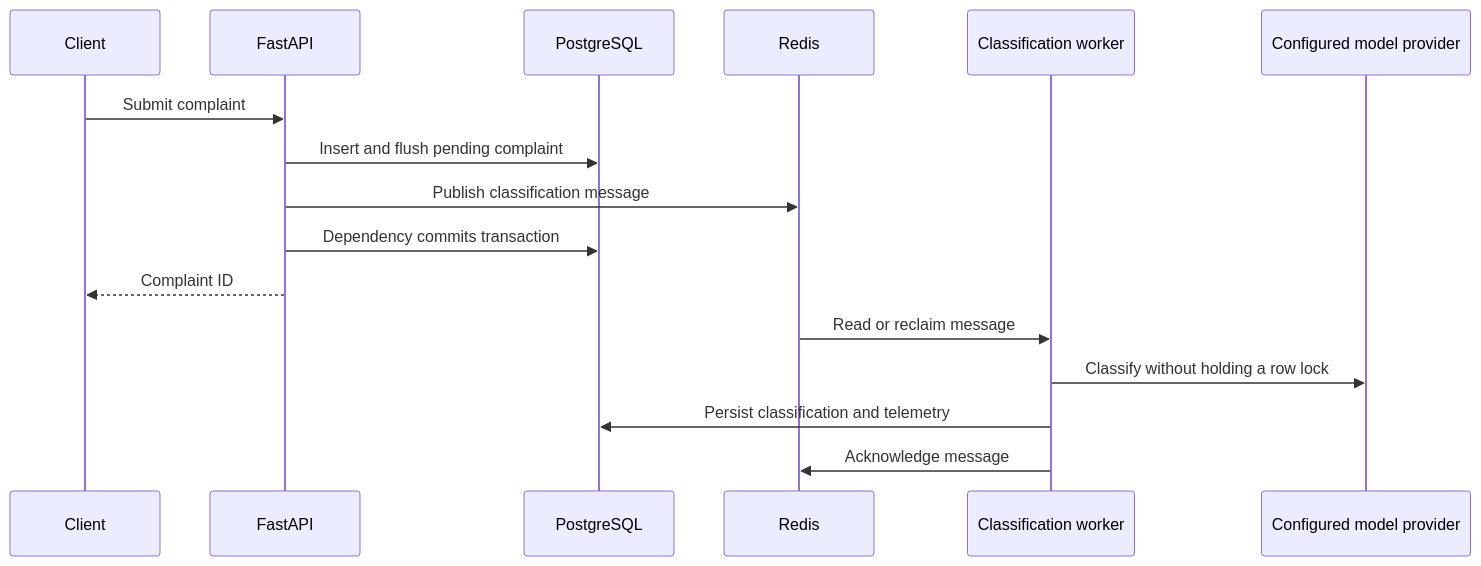
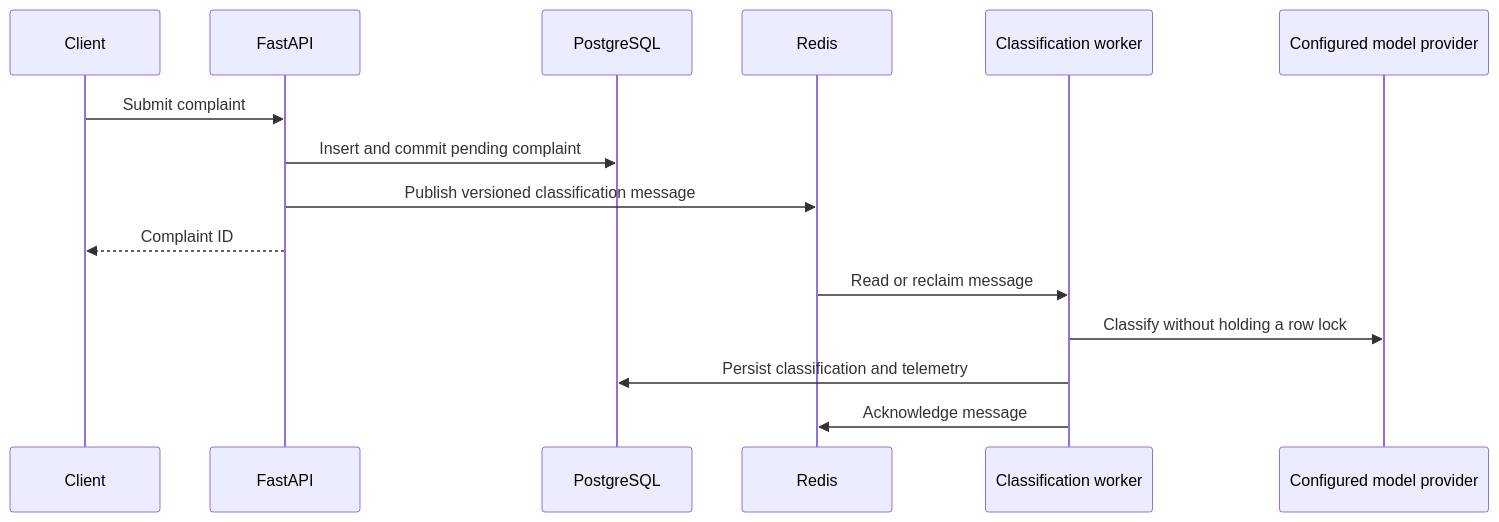
The diagram in docs/architecture.md (deeason7/ResolveAI), drawn with Mermaid before and after one commit. The commit also changed other lines of this file and 37 other files, not shown here.

````diff
--- a/docs/architecture.md
+++ b/docs/architecture.md
@@ -32,18 +32,17 @@
 ```mermaid
 sequenceDiagram
     participant U as Client
     participant API as FastAPI
     participant PG as PostgreSQL
     participant R as Redis
     participant W as Classification worker
     participant L as Configured model provider
     U->>API: Submit complaint
-    API->>PG: Insert and flush pending complaint
-    API->>R: Publish classification message
-    API->>PG: Dependency commits transaction
+    API->>PG: Insert and commit pending complaint
+    API->>R: Publish versioned classification message
     API-->>U: Complaint ID
     R->>W: Read or reclaim message
     W->>L: Classify without holding a row lock
     W->>PG: Persist classification and telemetry
     W->>R: Acknowledge message
 ```
````
